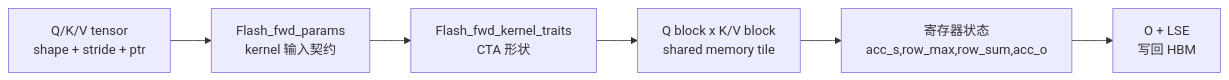
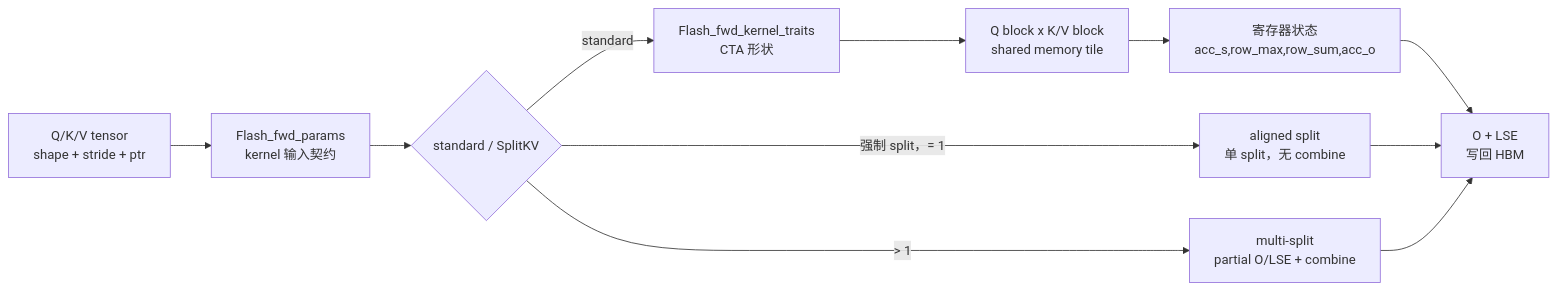
Before and after one commit to OnlyHero5/sglang-reading-vault: the diagram in flash-attn_reading/CUDA内核/FA2-Forward/FlashAttention-FA2-Forward-核心概念.md, drawn with Mermaid. The commit also changed other lines of this file and 512 other files, not shown here.

````diff
--- a/flash-attn_reading/CUDA内核/FA2-Forward/FlashAttention-FA2-Forward-核心概念.md
+++ b/flash-attn_reading/CUDA内核/FA2-Forward/FlashAttention-FA2-Forward-核心概念.md
@@ -29,10 +30,16 @@
 ```mermaid
 flowchart LR
     TENSOR["Q/K/V tensor<br/>shape + stride + ptr"]
     PARAM["Flash_fwd_params<br/>kernel 输入契约"]
+    ROUTE{"standard / SplitKV"}
     TRAITS["Flash_fwd_kernel_traits<br/>CTA 形状"]
     TILE["Q block x K/V block<br/>shared memory tile"]
     STATE["寄存器状态<br/>acc_s,row_max,row_sum,acc_o"]
+    ALIGNED["aligned split<br/>单 split，无 combine"]
+    PARTIAL["multi-split<br/>partial O/LSE + combine"]
     RESULT["O + LSE<br/>写回 HBM"]
-    TENSOR --> PARAM --> TRAITS --> TILE --> STATE --> RESULT
+    TENSOR --> PARAM --> ROUTE
+    ROUTE -->|standard| TRAITS --> TILE --> STATE --> RESULT
+    ROUTE -->|强制 split，= 1| ALIGNED --> RESULT
+    ROUTE -->|> 1| PARTIAL --> RESULT
 ```
````
